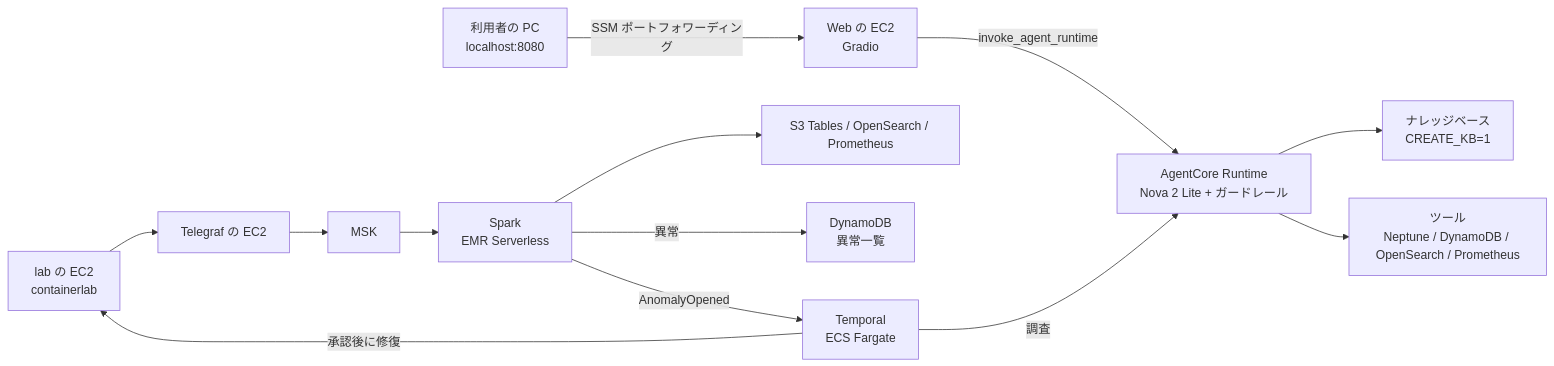
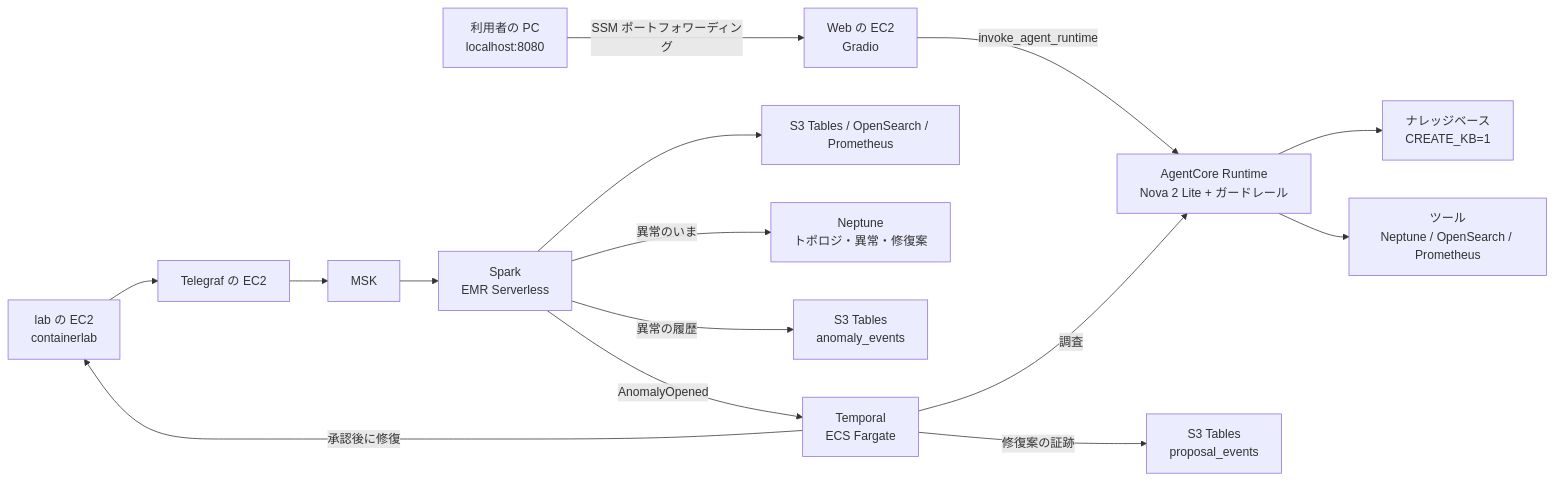
The diagram in README.md (eddie-eights/cf-netops-sandbox), drawn with Mermaid before and after one commit. The commit also changed other lines of this file and 48 other files, not shown here.

First line of the commit message:
DynamoDB をやめる: 異常と修復案の「いま」は Neptune、履歴と証跡は S3 Tables

````diff
--- a/README.md
+++ b/README.md
@@ -7,13 +7,15 @@
 ```mermaid
 flowchart LR
   PC["利用者の PC<br/>localhost:8080"] -->|"SSM ポートフォワーディング"| WEB["Web の EC2<br/>Gradio"]
   WEB -->|"invoke_agent_runtime"| RT["AgentCore Runtime<br/>Nova 2 Lite + ガードレール"]
   RT --> KB["ナレッジベース<br/>CREATE_KB=1"]
-  RT --> TOOLS["ツール<br/>Neptune / DynamoDB / OpenSearch / Prometheus"]
+  RT --> TOOLS["ツール<br/>Neptune / OpenSearch / Prometheus"]
   LAB["lab の EC2<br/>containerlab"] --> TG["Telegraf の EC2"] --> MSK["MSK"] --> SPARK["Spark<br/>EMR Serverless"]
   SPARK --> STORE["S3 Tables / OpenSearch / Prometheus"]
-  SPARK -->|"異常"| DDB["DynamoDB<br/>異常一覧"]
+  SPARK -->|"異常のいま"| NEP["Neptune<br/>トポロジ・異常・修復案"]
+  SPARK -->|"異常の履歴"| AUDIT["S3 Tables<br/>anomaly_events"]
+  WF -->|"修復案の証跡"| PAUDIT["S3 Tables<br/>proposal_events"]
   SPARK -->|"AnomalyOpened"| WF["Temporal<br/>ECS Fargate"]
   WF -->|"調査"| RT
   WF -->|"承認後に修復"| LAB
 ```
````
